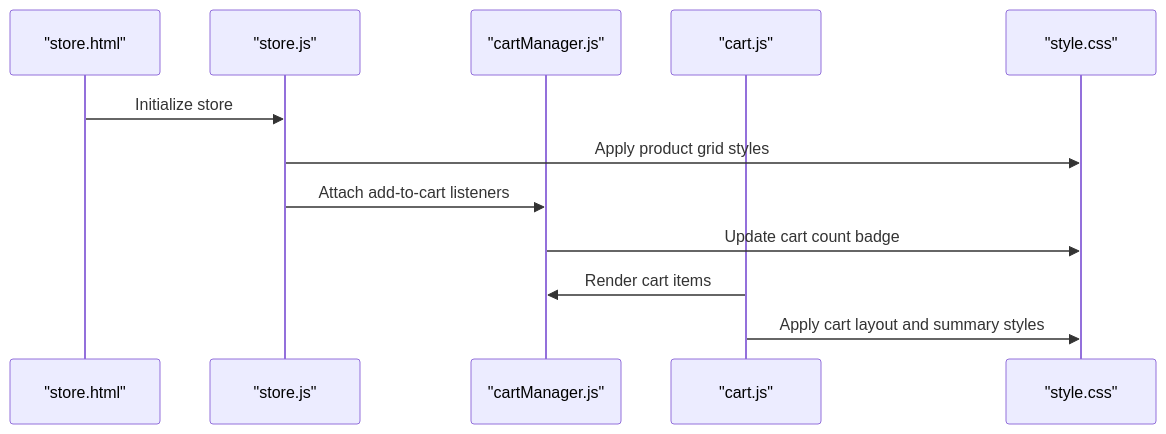
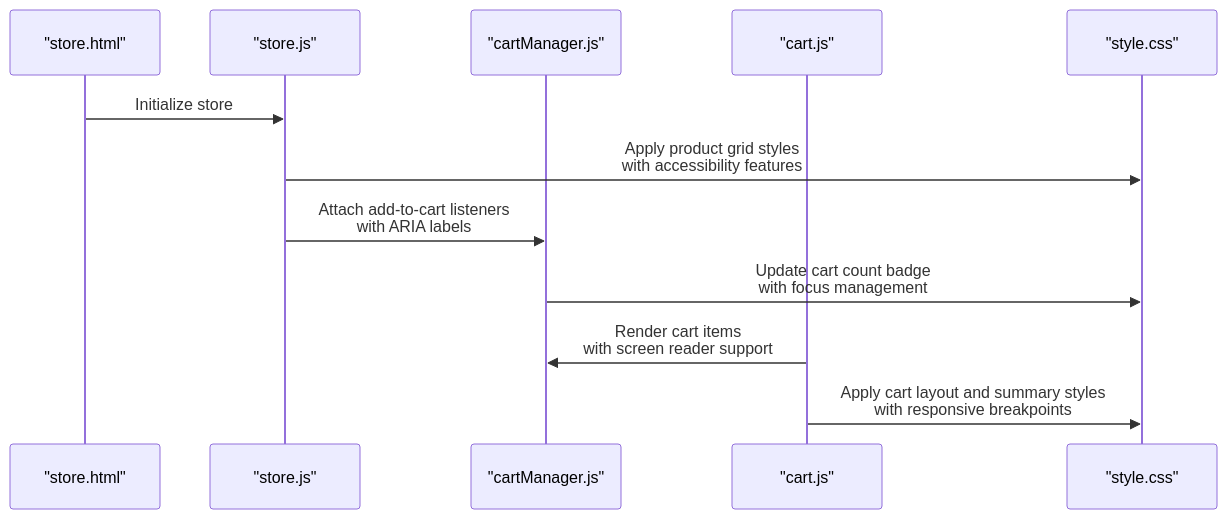
One commit to SirD33k/activezone changed the fourth of 7 diagrams in .qoder/repowiki/en/content/Frontend Architecture/Layout Management.md. Above: the diagram before and after it, drawn with Mermaid. The commit also changed other lines of this file and 3 other files, not shown here.

````diff
--- a/.qoder/repowiki/en/content/Frontend Architecture/Layout Management.md
+++ b/.qoder/repowiki/en/content/Frontend Architecture/Layout Management.md
@@ -233,14 +212,14 @@
 ```mermaid
 sequenceDiagram
 participant Store as "store.html"
 participant StoreJS as "store.js"
 participant CartMan as "cartManager.js"
 participant Cart as "cart.js"
 participant Style as "style.css"
 Store->>StoreJS : Initialize store
-StoreJS->>Style : Apply product grid styles
-StoreJS->>CartMan : Attach add-to-cart listeners
-CartMan->>Style : Update cart count badge
-Cart->>CartMan : Render cart items
-Cart->>Style : Apply cart layout and summary styles
+StoreJS->>Style : Apply product grid styles<br/>with accessibility features
+StoreJS->>CartMan : Attach add-to-cart listeners<br/>with ARIA labels
+CartMan->>Style : Update cart count badge<br/>with focus management
+Cart->>CartMan : Render cart items<br/>with screen reader support
+Cart->>Style : Apply cart layout and summary styles<br/>with responsive breakpoints
 ```
````
